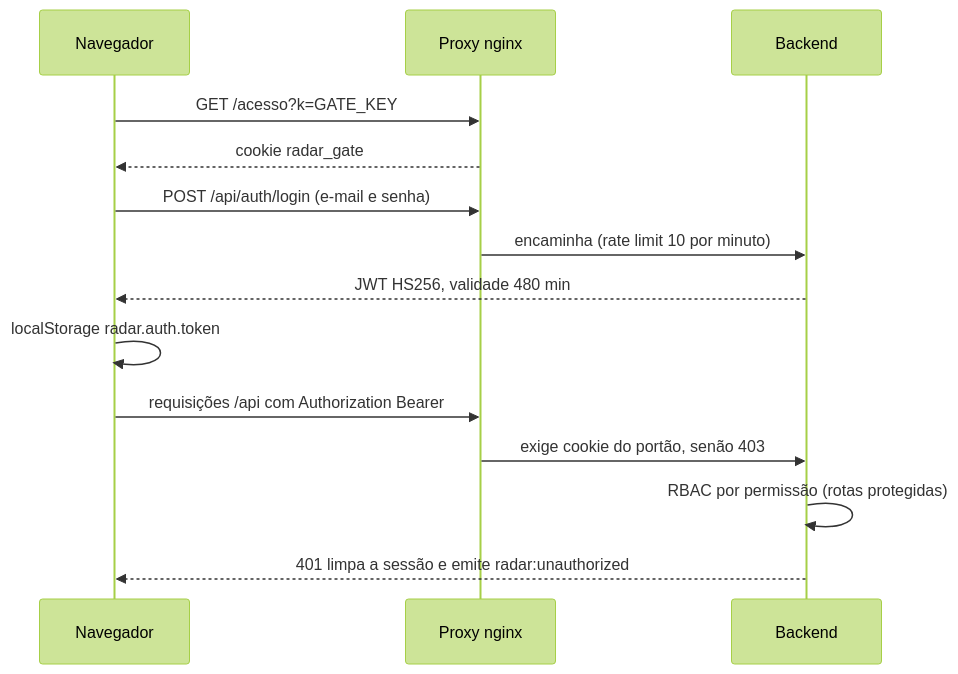
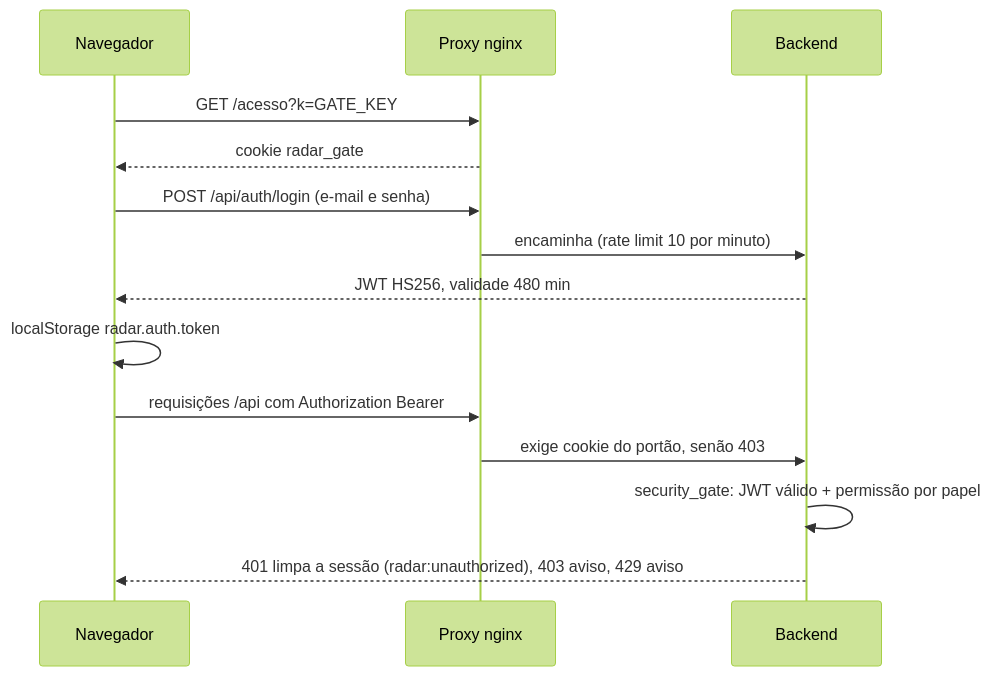
One commit to jabesfelipe/radar-leilao changed the sixth of 11 diagrams in docs/03-architecture/architecture.md. Above: the diagram before and after it, drawn with Mermaid (forest theme). The commit also changed other lines of this file and 16 other files, not shown here.

````diff
--- a/docs/03-architecture/architecture.md
+++ b/docs/03-architecture/architecture.md
@@ -112,16 +112,16 @@
 ```mermaid
 sequenceDiagram
   participant N as Navegador
   participant P as Proxy nginx
   participant B as Backend
   N->>P: GET /acesso?k=GATE_KEY
   P-->>N: cookie radar_gate
   N->>P: POST /api/auth/login (e-mail e senha)
   P->>B: encaminha (rate limit 10 por minuto)
   B-->>N: JWT HS256, validade 480 min
   N->>N: localStorage radar.auth.token
   N->>P: requisições /api com Authorization Bearer
   P->>B: exige cookie do portão, senão 403
-  B->>B: RBAC por permissão (rotas protegidas)
-  B-->>N: 401 limpa a sessão e emite radar:unauthorized
+  B->>B: security_gate: JWT válido + permissão por papel
+  B-->>N: 401 limpa a sessão (radar:unauthorized), 403 aviso, 429 aviso
 ```
````
